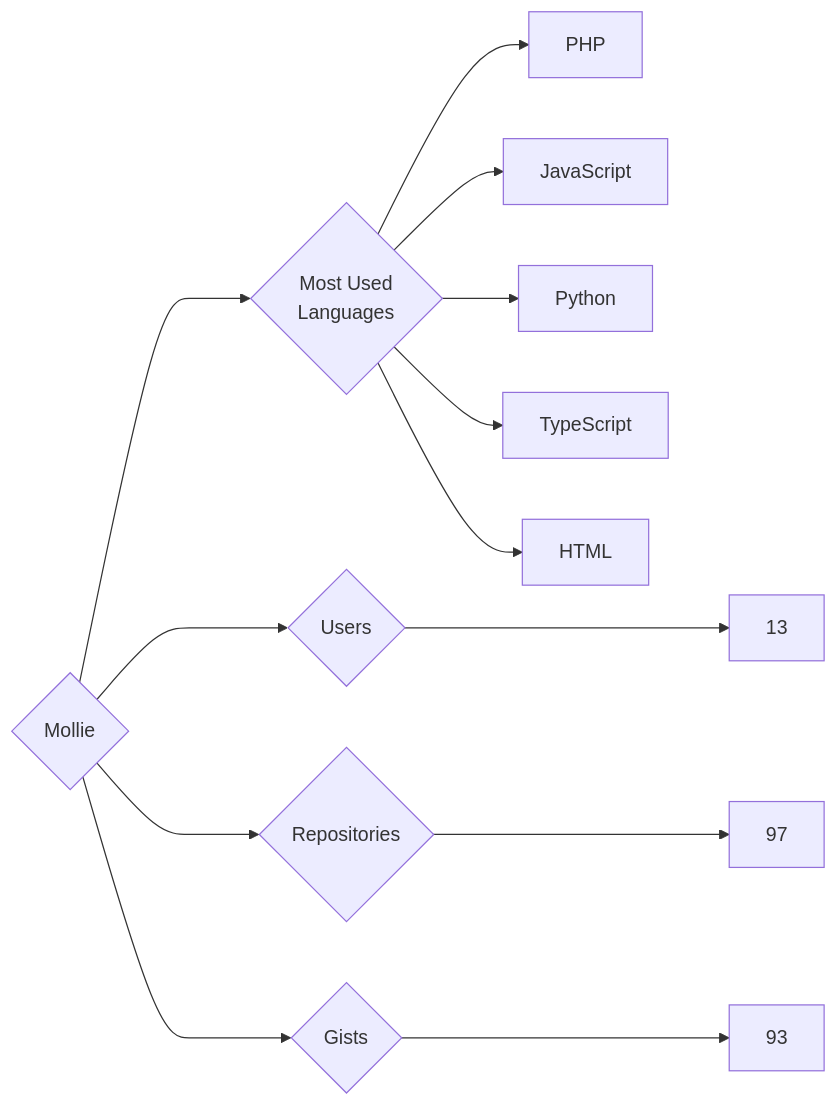
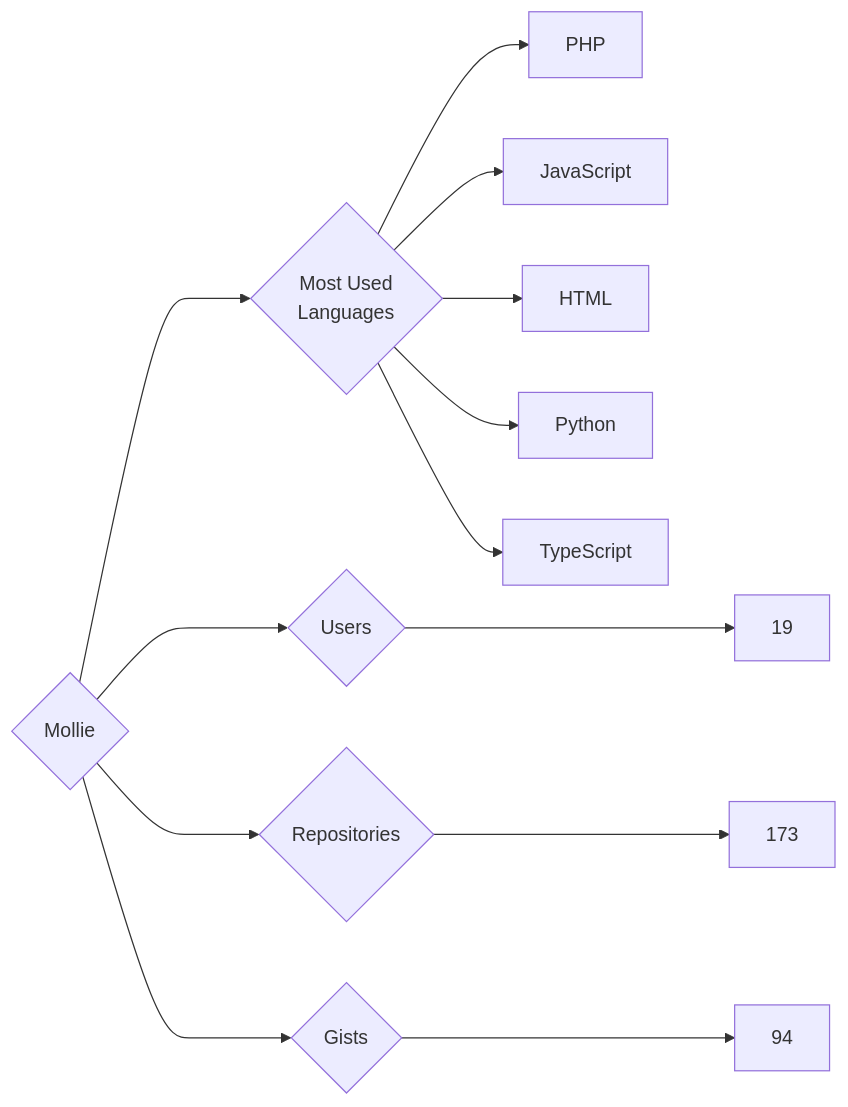
One commit to trickest/insiders changed the diagram in targets/Mollie/README.md. Above: the diagram before and after it, drawn with Mermaid. The commit also changed 728 other files, not shown here.

````diff
--- a/targets/Mollie/README.md
+++ b/targets/Mollie/README.md
@@ -3,13 +3,13 @@
 ```mermaid
 graph LR
 COMPANY_NAME{Mollie}
-COMPANY_NAME ---> U{Users} ---> UN[13]
-COMPANY_NAME ---> R{Repositories} ---> RN[97]
-COMPANY_NAME ---> G{Gists} ---> GN[93]
+COMPANY_NAME ---> U{Users} ---> UN[19]
+COMPANY_NAME ---> R{Repositories} ---> RN[173]
+COMPANY_NAME ---> G{Gists} ---> GN[94]
 COMPANY_NAME ---> ML{Most Used<br>Languages}
 ML --> PHP[PHP]
 ML --> JavaScript[JavaScript]
+ML --> HTML[HTML]
 ML --> Python[Python]
 ML --> TypeScript[TypeScript]
-ML --> HTML[HTML]
 ```
````
